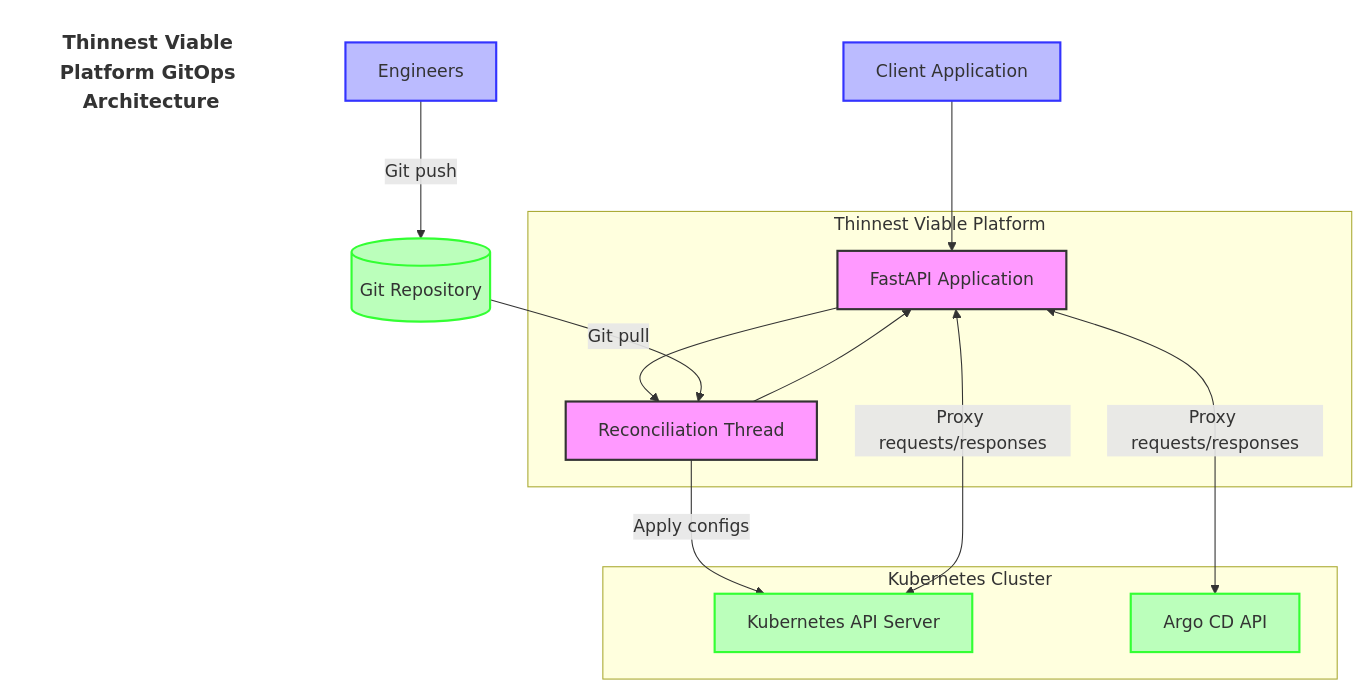
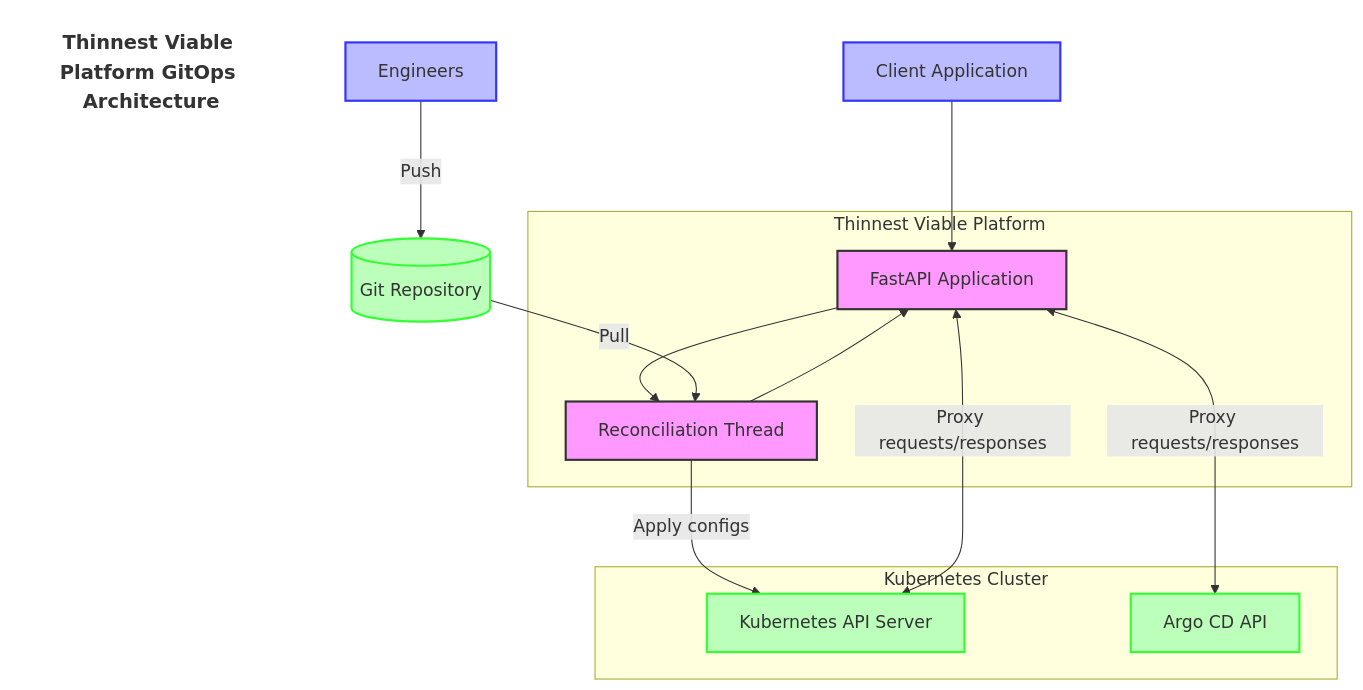
One commit to lloydchang/tvp-k8s changed the first of 11 diagrams in README.md. Above: the diagram before and after it, drawn with Mermaid.

````diff
--- a/README.md
+++ b/README.md
@@ -316,33 +316,33 @@
 ```mermaid
 flowchart TB
     title[Thinnest Viable Platform GitOps Architecture]
     style title fill:none,stroke:none,font-size:18px,font-weight:bold
     subgraph "Thinnest Viable Platform"
         API[FastAPI Application]
         RT[Reconciliation Thread]
         
         API --> RT
         RT --> API
     end
     
-    Eng[Engineers] -->|Git push| GitRepo[(Git Repository)]
-    GitRepo -->|Git pull| RT
+    Eng[Engineers] -->|Push| GitRepo[(Git Repository)]
+    GitRepo -->|Pull| RT
     RT -->|Apply configs| KubernetesAPI
     
     subgraph "Kubernetes Cluster"
         KubernetesAPI[Kubernetes API Server]
         ArgoCD[Argo CD API]
     end
     
     Client[Client Application] --> API
     API <-->|Proxy requests/responses| KubernetesAPI
     API <-->|Proxy requests/responses| ArgoCD
     
     classDef platform fill:#f9f,stroke:#333,stroke-width:2px
     classDef external fill:#bfb,stroke:#3f3,stroke-width:2px
     classDef user fill:#bbf,stroke:#33f,stroke-width:2px
     
     class API,RT platform
     class KubernetesAPI,ArgoCD,GitRepo external
     class Eng,Client user
 ```
````
